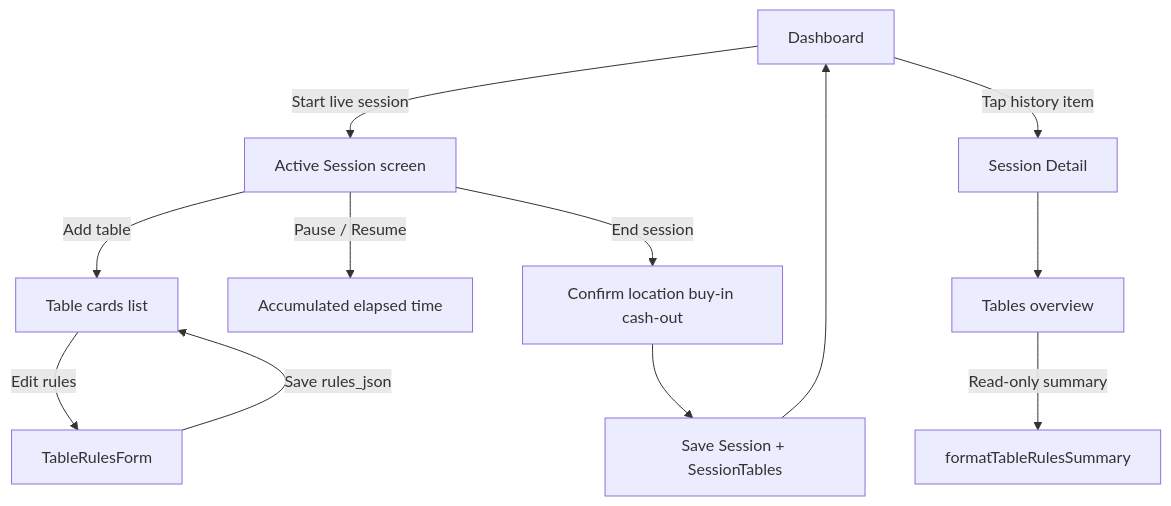
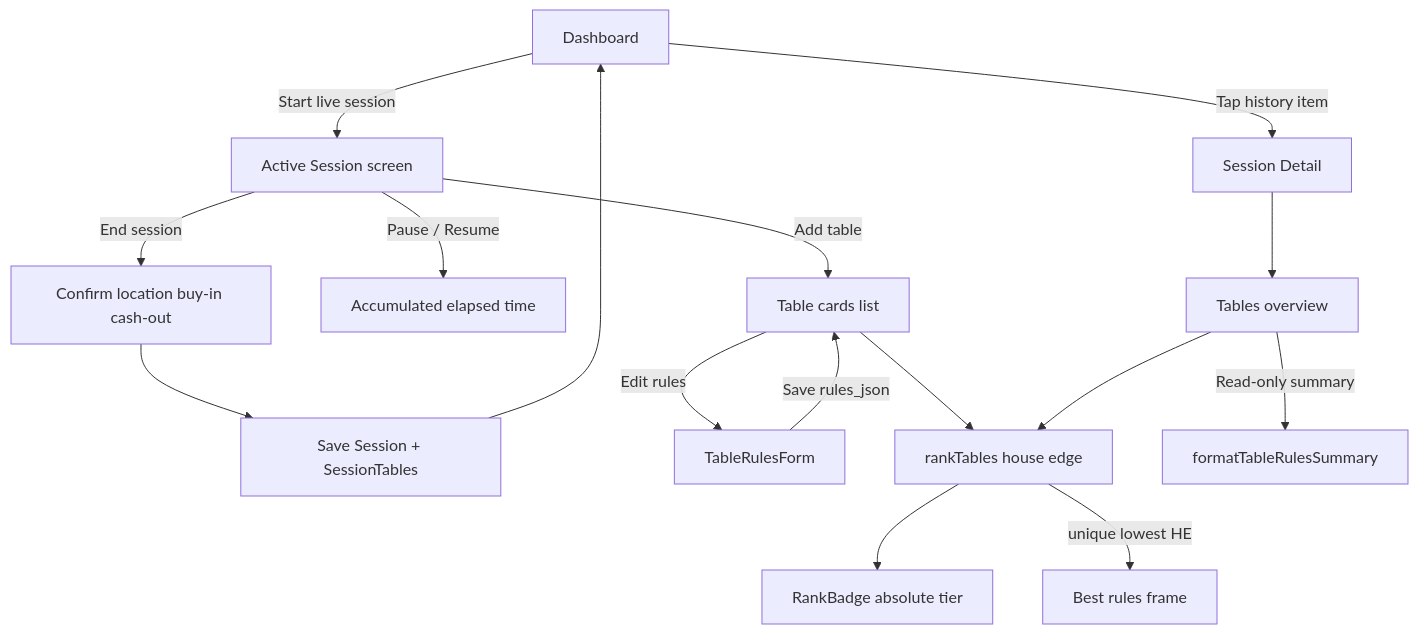
One commit to Trevor5008/StackTrack changed the third of 8 diagrams in docs/flow.md. Above: the diagram before and after it, drawn with Mermaid. The commit also changed other lines of this file and 10 other files, not shown here.

Commit message:
feat: rank tables by approximate house edge Color RankBadge by absolute favorability ranking Unique non-unfavorable/best relative table is framed and highlighted Show tables while in view/edit mode for a session Fix inert header back button bug Change header back button (tabs) text display

````diff
--- a/docs/flow.md
+++ b/docs/flow.md
@@ -53,14 +53,18 @@
 ```mermaid
 flowchart TD
   Dashboard[Dashboard] -->|Start live session| Live[Active Session screen]
   Live -->|Add table| Tables[Table cards list]
   Live -->|Pause / Resume| Timer[Accumulated elapsed time]
   Live -->|End session| EndForm["Confirm location buy-in cash-out"]
   EndForm --> Persist["Save Session + SessionTables"]
   Persist --> Dashboard
   Dashboard -->|Tap history item| Detail[Session Detail]
   Detail --> TableOverview[Tables overview]
   Tables -->|Edit rules| RulesModal[TableRulesForm]
   RulesModal -->|Save rules_json| Tables
+  Tables --> Rank[rankTables house edge]
+  Rank --> Badge[RankBadge absolute tier]
+  Rank -->|unique lowest HE| BestFrame[Best rules frame]
   TableOverview -->|Read-only summary| RulesSummary[formatTableRulesSummary]
+  TableOverview --> Rank
 ```
````
